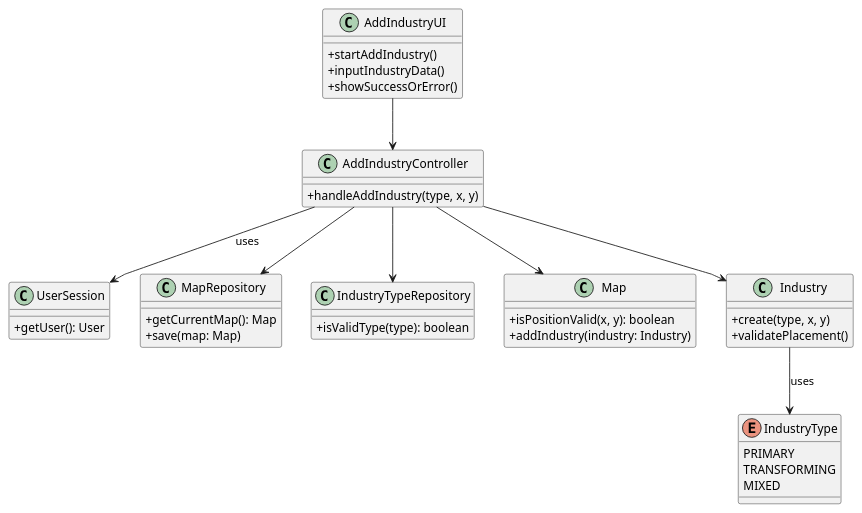
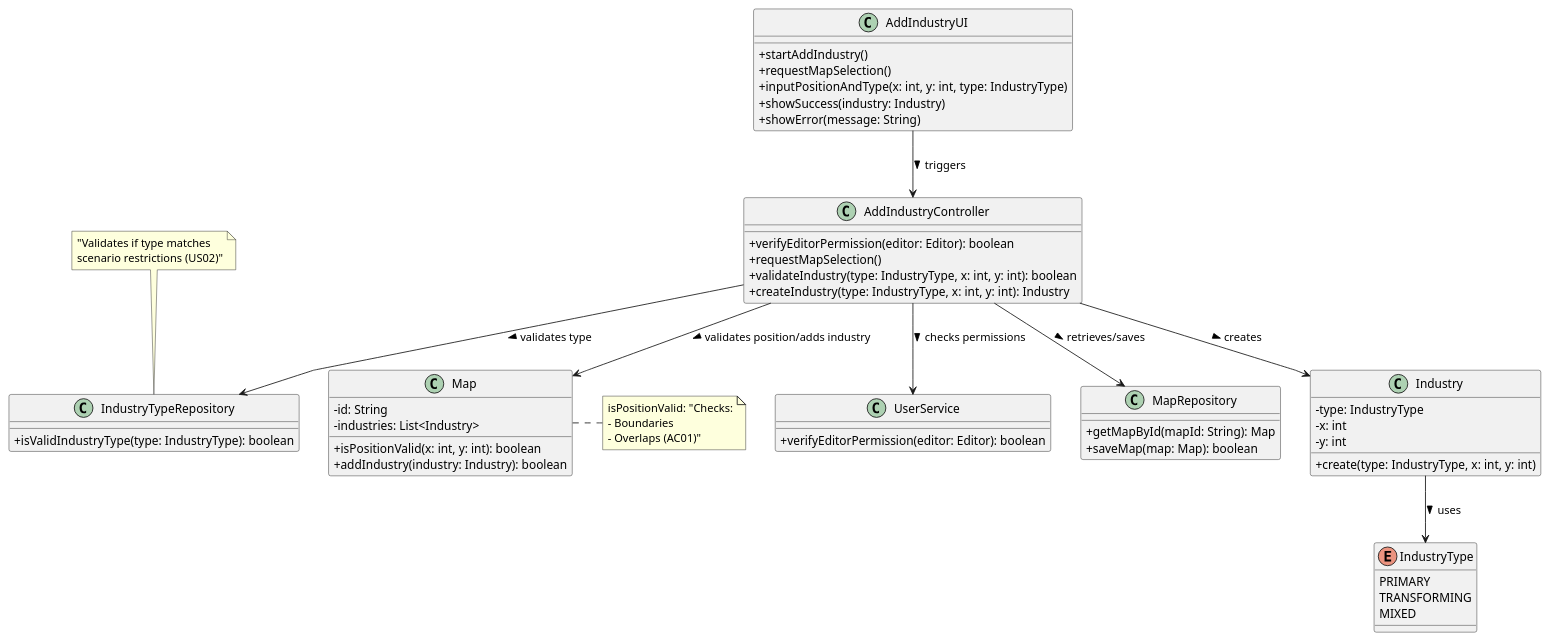
The diagram in Sprint2/US02/03.design.us02/puml/US02-CD.puml (Andremonteiro1240850/railway_simulator), drawn with PlantUML before and after one commit.

Commit message:
Diagram US02 Updated

```diff
--- a/Sprint2/US02/03.design.us02/puml/US02-CD.puml
+++ b/Sprint2/US02/03.design.us02/puml/US02-CD.puml
@@ -1,60 +1,68 @@
 @startuml
 'https://plantuml.com/class-diagram
 
-'skinparam monochrome true
 skinparam packageStyle rectangle
 skinparam shadowing false
 skinparam linetype polyline
-'skinparam linetype orto
-
 skinparam classAttributeIconSize 0
-
-'left to right direction
 
 class AddIndustryUI {
   + startAddIndustry()
-  + inputIndustryData()
-  + showSuccessOrError()
+  + requestMapSelection()
+  + inputPositionAndType(x: int, y: int, type: IndustryType)
+  + showSuccess(industry: Industry)
+  + showError(message: String)
 }
 
 class AddIndustryController {
-  + handleAddIndustry(type, x, y)
+  + verifyEditorPermission(editor: Editor): boolean
+  + requestMapSelection()
+  + validateIndustry(type: IndustryType, x: int, y: int): boolean
+  + createIndustry(type: IndustryType, x: int, y: int): Industry
 }
 
-class UserSession {
-  + getUser(): User
+class UserService {
+  + verifyEditorPermission(editor: Editor): boolean
 }
 
 class MapRepository {
-  + getCurrentMap(): Map
-  + save(map: Map)
+  + getMapById(mapId: String): Map
+  + saveMap(map: Map): boolean
 }
 
 class IndustryTypeRepository {
-  + isValidType(type): boolean
+  + isValidIndustryType(type: IndustryType): boolean
 }
 
 class Map {
-  + isPositionValid(x, y): boolean
-  + addIndustry(industry: Industry)
+  - id: String
+  - industries: List<Industry>
+  + isPositionValid(x: int, y: int): boolean
+  + addIndustry(industry: Industry): boolean
 }
 
 class Industry {
-  + create(type, x, y)
-  + validatePlacement()
+  - type: IndustryType
+  - x: int
+  - y: int
+  + create(type: IndustryType, x: int, y: int)
 }
 
 enum IndustryType {
   PRIMARY
   TRANSFORMING
   MIXED
 }
 
-AddIndustryUI --> AddIndustryController
-AddIndustryController --> MapRepository
-AddIndustryController --> IndustryTypeRepository
-AddIndustryController --> Map
-AddIndustryController --> Industry
-AddIndustryController --> UserSession : uses
-Industry --> IndustryType : uses
+' Relationships
+AddIndustryUI --> AddIndustryController : triggers >
+AddIndustryController --> UserService : checks permissions >
+AddIndustryController --> MapRepository : retrieves/saves >
+AddIndustryController --> IndustryTypeRepository : validates type >
+AddIndustryController --> Map : validates position/adds industry >
+AddIndustryController --> Industry : creates >
+Industry --> IndustryType : uses >
+
+note top of IndustryTypeRepository: "Validates if type matches\nscenario restrictions (US02)"
+note right of Map :isPositionValid: "Checks:\n- Boundaries\n- Overlaps (AC01)"
 @enduml
```
